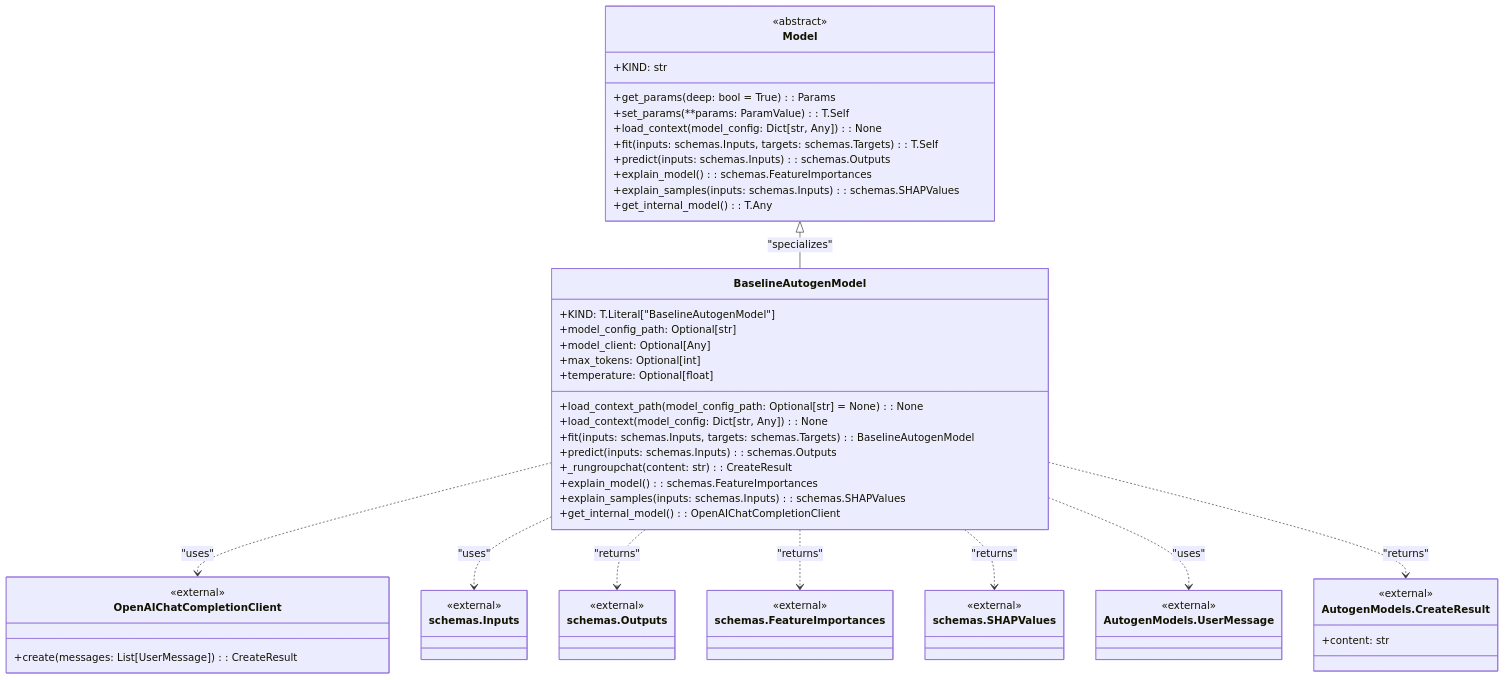
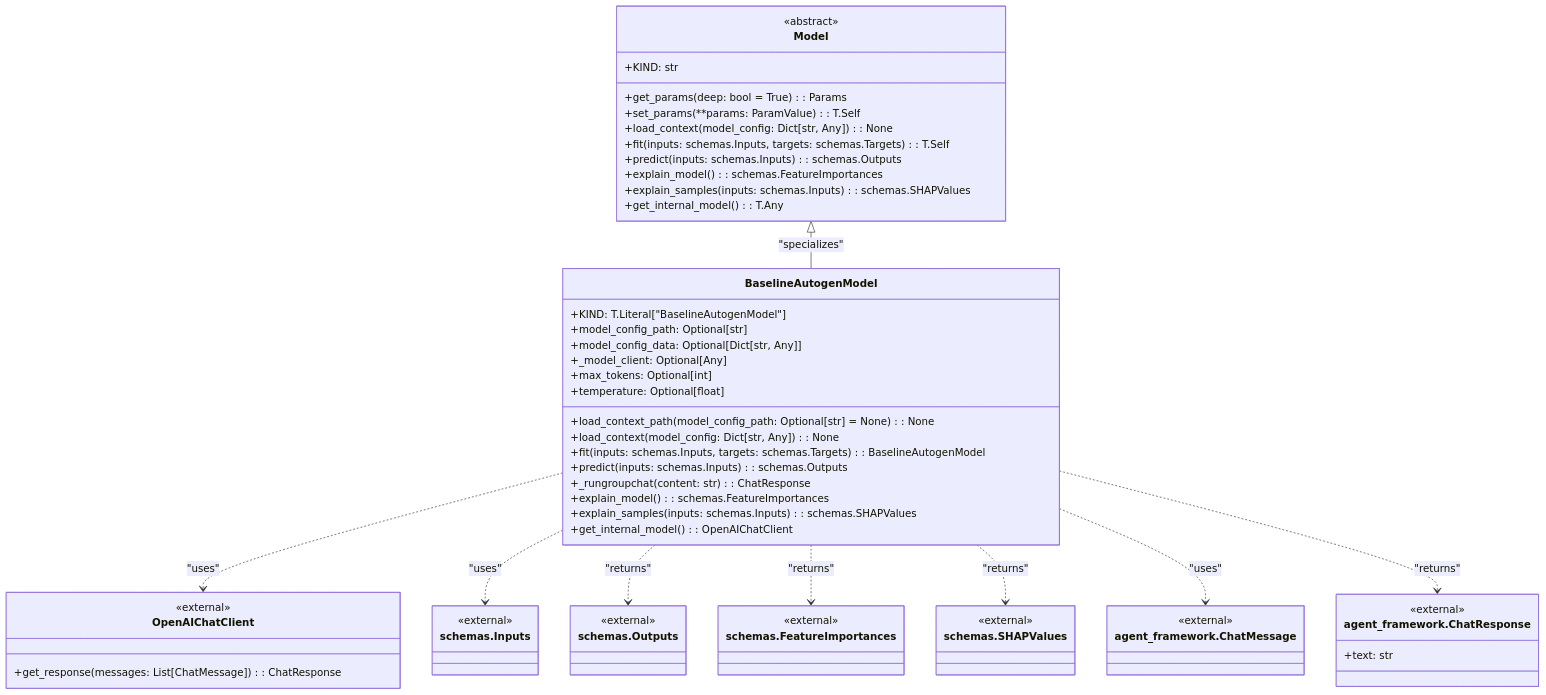
Before and after one commit to lgcorzo/llmops-python-package: the diagram in Documents/Models_stories.md, drawn with Mermaid. The commit also changed other lines of this file and 2 other files, not shown here.

Commit message:
feat: Migrate `BaselineAutogenModel` to `microsoft/agent-framework` by updating client, data models, and adding model cloning support.

````diff
--- a/Documents/Models_stories.md
+++ b/Documents/Models_stories.md
@@ -24,69 +24,70 @@
 ```mermaid
 classDiagram
     %% Abstract Base Class
     class Model {
         <<abstract>>
         +KIND: str
         +get_params(deep: bool = True): Params
         +set_params(**params: ParamValue): T.Self
         +load_context(model_config: Dict[str, Any]): None
         +fit(inputs: schemas.Inputs, targets: schemas.Targets): T.Self
         +predict(inputs: schemas.Inputs): schemas.Outputs
         +explain_model(): schemas.FeatureImportances
         +explain_samples(inputs: schemas.Inputs): schemas.SHAPValues
         +get_internal_model(): T.Any
     }
 
     %% BaselineAutogenModel Class
     class BaselineAutogenModel {
         +KIND: T.Literal["BaselineAutogenModel"]
         +model_config_path: Optional[str]
-        +model_client: Optional[Any]
+        +model_config_data: Optional[Dict[str, Any]]
+        +_model_client: Optional[Any]
         +max_tokens: Optional[int]
         +temperature: Optional[float]
         +load_context_path(model_config_path: Optional[str] = None) : None
         +load_context(model_config: Dict[str, Any]) : None
         +fit(inputs: schemas.Inputs, targets: schemas.Targets): BaselineAutogenModel
         +predict(inputs: schemas.Inputs): schemas.Outputs
-        +_rungroupchat(content: str) : CreateResult
+        +_rungroupchat(content: str) : ChatResponse
         +explain_model(): schemas.FeatureImportances
         +explain_samples(inputs: schemas.Inputs): schemas.SHAPValues
-        +get_internal_model(): OpenAIChatCompletionClient
+        +get_internal_model(): OpenAIChatClient
     }
     Model <|-- BaselineAutogenModel : "specializes"
 
-    %% OpenAIChatCompletionClient
-    class OpenAIChatCompletionClient {
+    %% OpenAIChatClient
+    class OpenAIChatClient {
         <<external>>
-        +create(messages: List[UserMessage]) : CreateResult
+        +get_response(messages: List[ChatMessage]) : ChatResponse
     }
 
     %% Schemas and Autogen Data Models
     class schemas.Inputs {
         <<external>>
     }
     class schemas.Outputs {
         <<external>>
     }
     class schemas.FeatureImportances {
         <<external>>
     }
    class schemas.SHAPValues {
         <<external>>
     }
-    class AutogenModels.UserMessage {
+    class agent_framework.ChatMessage {
         <<external>>
     }
-     class AutogenModels.CreateResult {
+     class agent_framework.ChatResponse {
         <<external>>
-		+content: str
+		+text: str
     }
-    
-   BaselineAutogenModel ..> OpenAIChatCompletionClient : "uses"
+
+   BaselineAutogenModel ..> OpenAIChatClient : "uses"
    BaselineAutogenModel ..> schemas.Inputs : "uses"
    BaselineAutogenModel ..> schemas.Outputs : "returns"
    BaselineAutogenModel ..> schemas.FeatureImportances : "returns"
    BaselineAutogenModel ..> schemas.SHAPValues : "returns"
-   BaselineAutogenModel ..> AutogenModels.UserMessage : "uses"
-   BaselineAutogenModel ..> AutogenModels.CreateResult : "returns"
+   BaselineAutogenModel ..> agent_framework.ChatMessage : "uses"
+   BaselineAutogenModel ..> agent_framework.ChatResponse : "returns"
 ```
````
